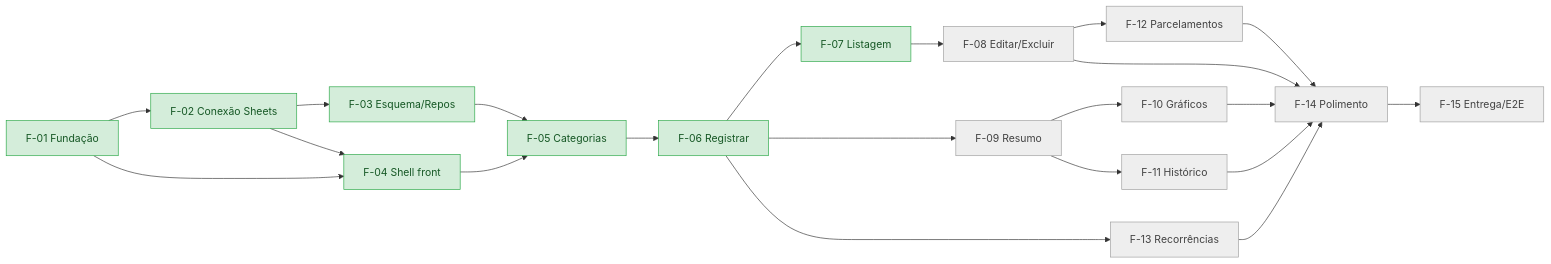
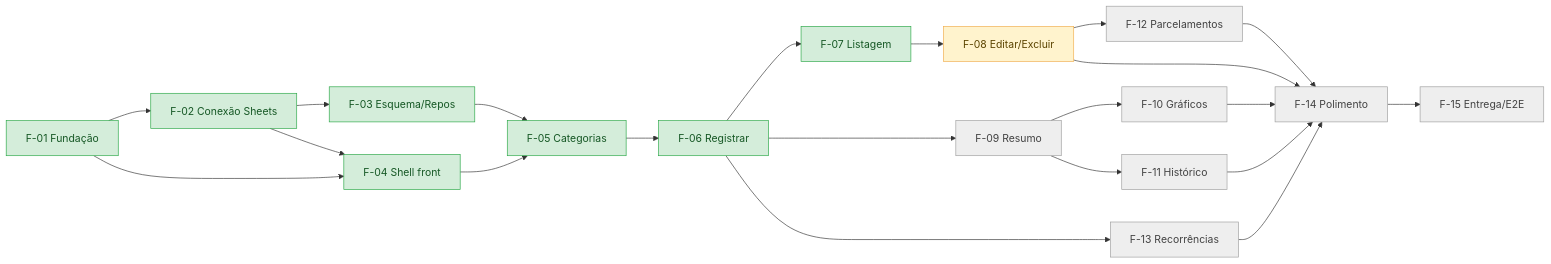
Before and after one commit to Pedrohcs/PlanilhaFinanceira: the diagram in SPECS/05-acompanhamento.md, drawn with Mermaid. The commit also changed other lines of this file and 6 other files, not shown here.

````diff
--- a/SPECS/05-acompanhamento.md
+++ b/SPECS/05-acompanhamento.md
@@ -64,23 +64,24 @@
 ```mermaid
 flowchart LR
     F01[F-01 Fundação] --> F02[F-02 Conexão Sheets] --> F03[F-03 Esquema/Repos]
     F01 --> F04[F-04 Shell front]
     F02 --> F04
     F03 --> F05[F-05 Categorias]
     F04 --> F05
     F05 --> F06[F-06 Registrar]
     F06 --> F07[F-07 Listagem] --> F08[F-08 Editar/Excluir]
     F06 --> F09[F-09 Resumo]
     F09 --> F10[F-10 Gráficos]
     F09 --> F11[F-11 Histórico]
     F08 --> F12[F-12 Parcelamentos]
     F06 --> F13[F-13 Recorrências]
     F08 & F10 & F11 & F12 & F13 --> F14[F-14 Polimento]
     F14 --> F15[F-15 Entrega/E2E]
 
     classDef naoIniciada fill:#eeeeee,stroke:#9e9e9e,color:#424242;
     classDef iniciada fill:#fff3cd,stroke:#f0ad4e,color:#5c4400;
     classDef concluida fill:#d4edda,stroke:#28a745,color:#155724;
-    class F08,F09,F10,F11,F12,F13,F14,F15 naoIniciada;
+    class F09,F10,F11,F12,F13,F14,F15 naoIniciada;
+    class F08 iniciada;
     class F01,F02,F03,F04,F05,F06,F07 concluida;
 ```
````
